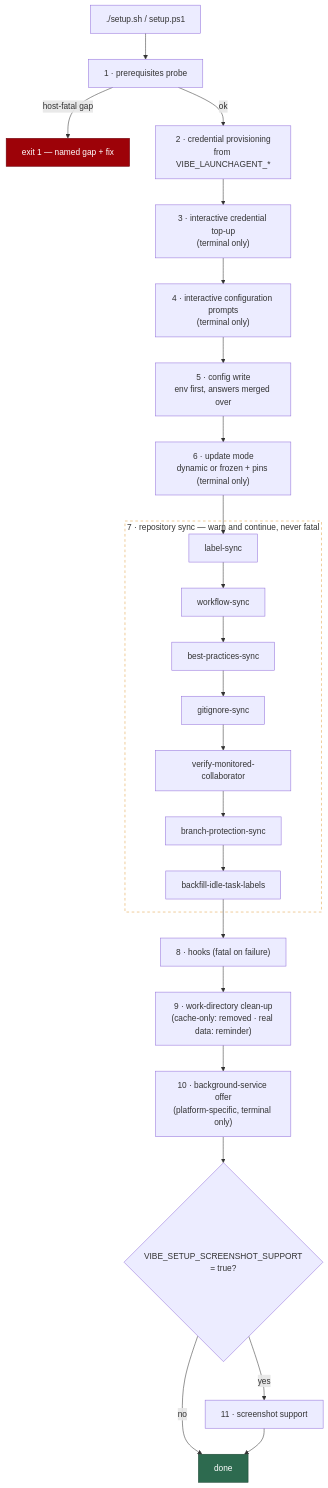
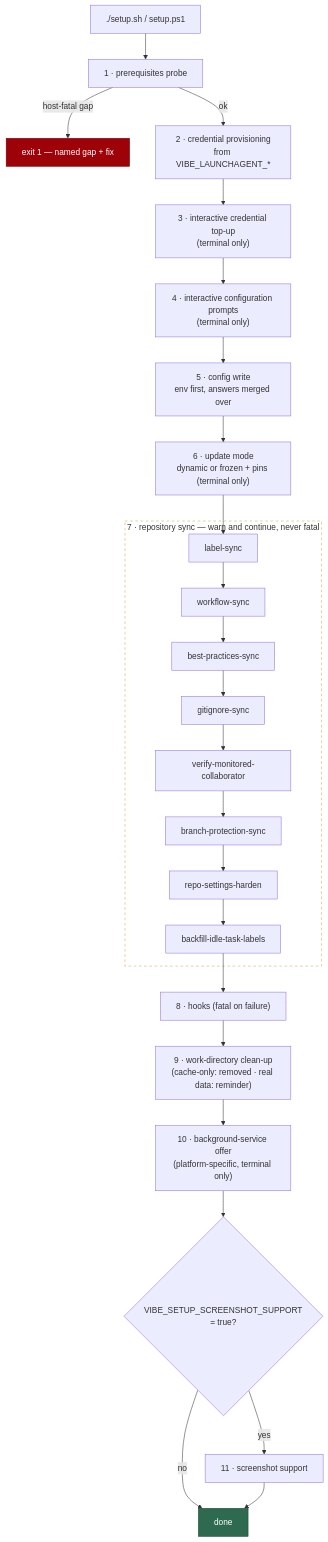
Before and after one commit to stSoftwareAU/VibeCoder: the first of 2 diagrams in docs/SETUP.md, drawn with Mermaid. The commit also changed other lines of this file and 25 other files, not shown here.

````diff
--- a/docs/SETUP.md
+++ b/docs/SETUP.md
@@ -212,29 +215,30 @@
 ```mermaid
 flowchart TD
     S["./setup.sh / setup.ps1"] --> P["1 · prerequisites probe"]
     P -->|"host-fatal gap"| X["exit 1 — named gap + fix"]
     P -->|ok| C["2 · credential provisioning<br/>from VIBE_LAUNCHAGENT_*"]
     C --> IC["3 · interactive credential top-up<br/>(terminal only)"]
     IC --> IP["4 · interactive configuration prompts<br/>(terminal only)"]
     IP --> W["5 · config write<br/>env first, answers merged over"]
     W --> UM["6 · update mode<br/>dynamic or frozen + pins (terminal only)"]
     UM --> L["label-sync"]
     subgraph SY["7 · repository sync — warn and continue, never fatal"]
         L --> WS["workflow-sync"]
         WS --> BS["best-practices-sync"]
         BS --> GI["gitignore-sync"]
         GI --> VC["verify-monitored-collaborator"]
         VC --> BR["branch-protection-sync"]
-        BR --> BF["backfill-idle-task-labels"]
+        BR --> RH["repo-settings-harden"]
+        RH --> BF["backfill-idle-task-labels"]
     end
     BF --> H["8 · hooks (fatal on failure)"]
     H --> R["9 · work-directory clean-up<br/>(cache-only: removed · real data: reminder)"]
     R --> SO["10 · background-service offer<br/>(platform-specific, terminal only)"]
     SO --> SC{"VIBE_SETUP_SCREENSHOT_SUPPORT<br/>= true?"}
     SC -->|yes| SS["11 · screenshot support"]
     SC -->|no| D["done"]
     SS --> D
     style X fill:#9d0208,stroke:#6a040f,color:#fff
     style SY fill:none,stroke:#e09f3e,stroke-dasharray:5 5
     style D fill:#2d6a4f,stroke:#1b4332,color:#fff
 ```
````
